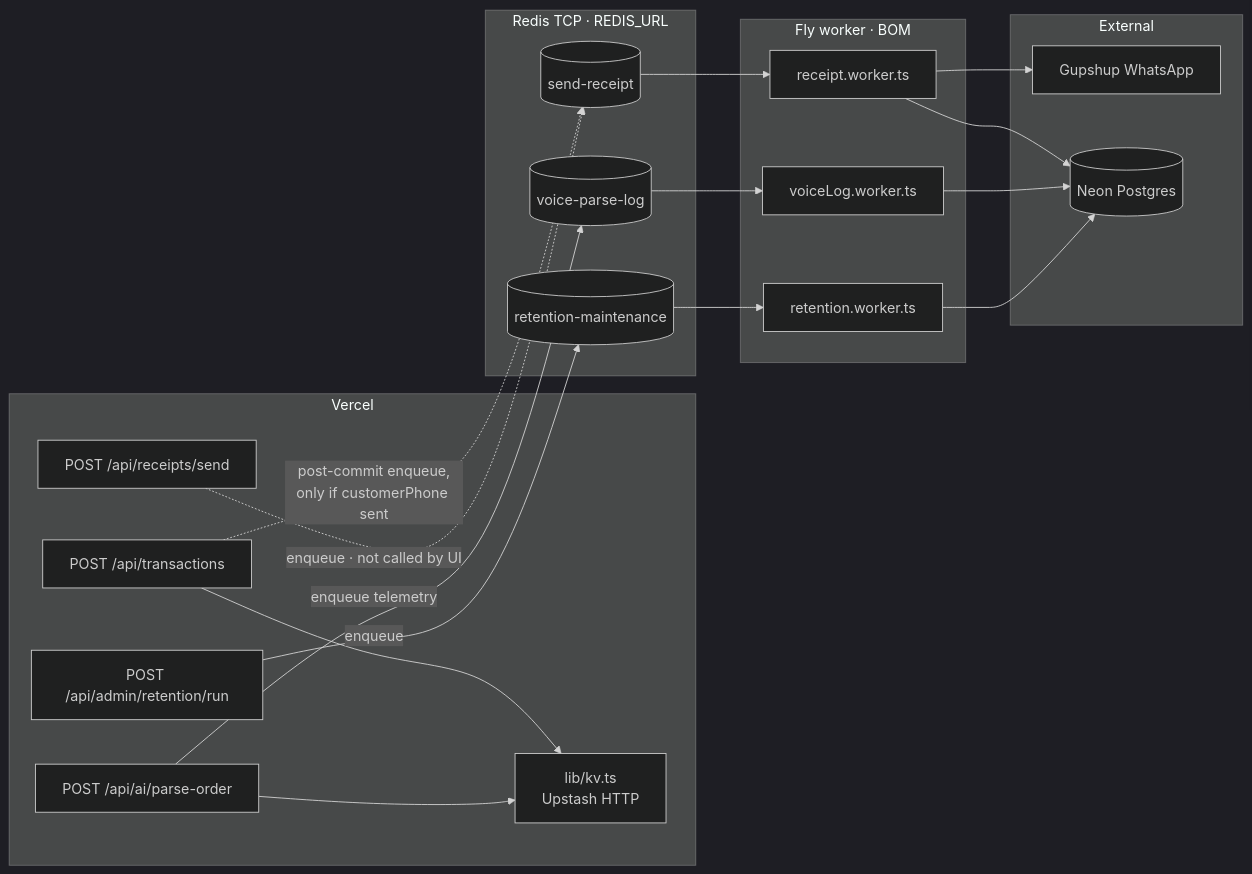
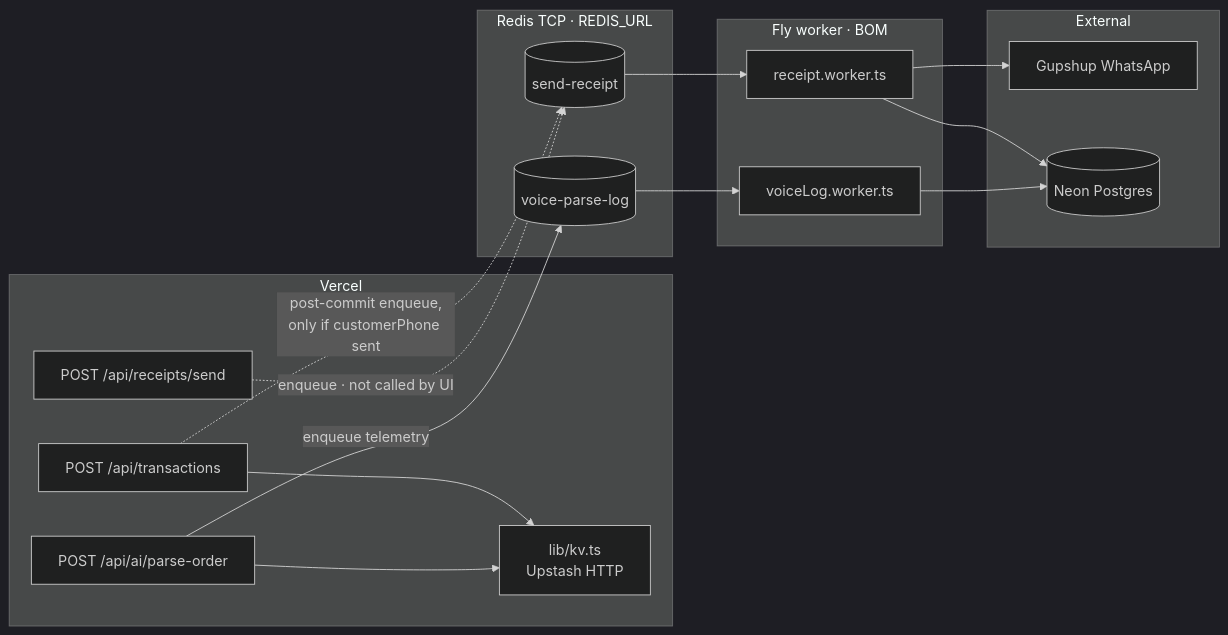
Before and after one commit to gengirish/awaazos: the sixth of 10 diagrams in ARCHITECTURE.md, drawn with Mermaid (dark theme). The commit also changed other lines of this file and 21 other files, not shown here.

````diff
--- a/ARCHITECTURE.md
+++ b/ARCHITECTURE.md
@@ -546,38 +546,32 @@
 ```mermaid
 flowchart LR
     subgraph Vercel
         TxAPI[POST /api/transactions]
         ParseAPI[POST /api/ai/parse-order]
         ReceiptAPI[POST /api/receipts/send]
-        AdminRet[POST /api/admin/retention/run]
         KvV[lib/kv.ts<br/>Upstash HTTP]
     end
     subgraph RedisTCP[Redis TCP · REDIS_URL]
         QSendReceipt[(send-receipt)]
         QVoiceLog[(voice-parse-log)]
-        QRetention[(retention-maintenance)]
     end
     subgraph Fly[Fly worker · BOM]
         WorkerSend[receipt.worker.ts]
         WorkerLog[voiceLog.worker.ts]
-        WorkerRet[retention.worker.ts]
     end
     subgraph External
         Gup[Gupshup WhatsApp]
         DB[(Neon Postgres)]
     end
 
     TxAPI --> KvV
     ParseAPI --> KvV
-    AdminRet -->|enqueue| QRetention
     TxAPI -.->|post-commit enqueue,<br/>only if customerPhone sent| QSendReceipt
     ReceiptAPI -.->|enqueue · not called by UI| QSendReceipt
     ParseAPI -->|enqueue telemetry| QVoiceLog
     QSendReceipt --> WorkerSend
     QVoiceLog --> WorkerLog
-    QRetention --> WorkerRet
     WorkerSend --> Gup
     WorkerSend --> DB
     WorkerLog --> DB
-    WorkerRet --> DB
 ```
````
